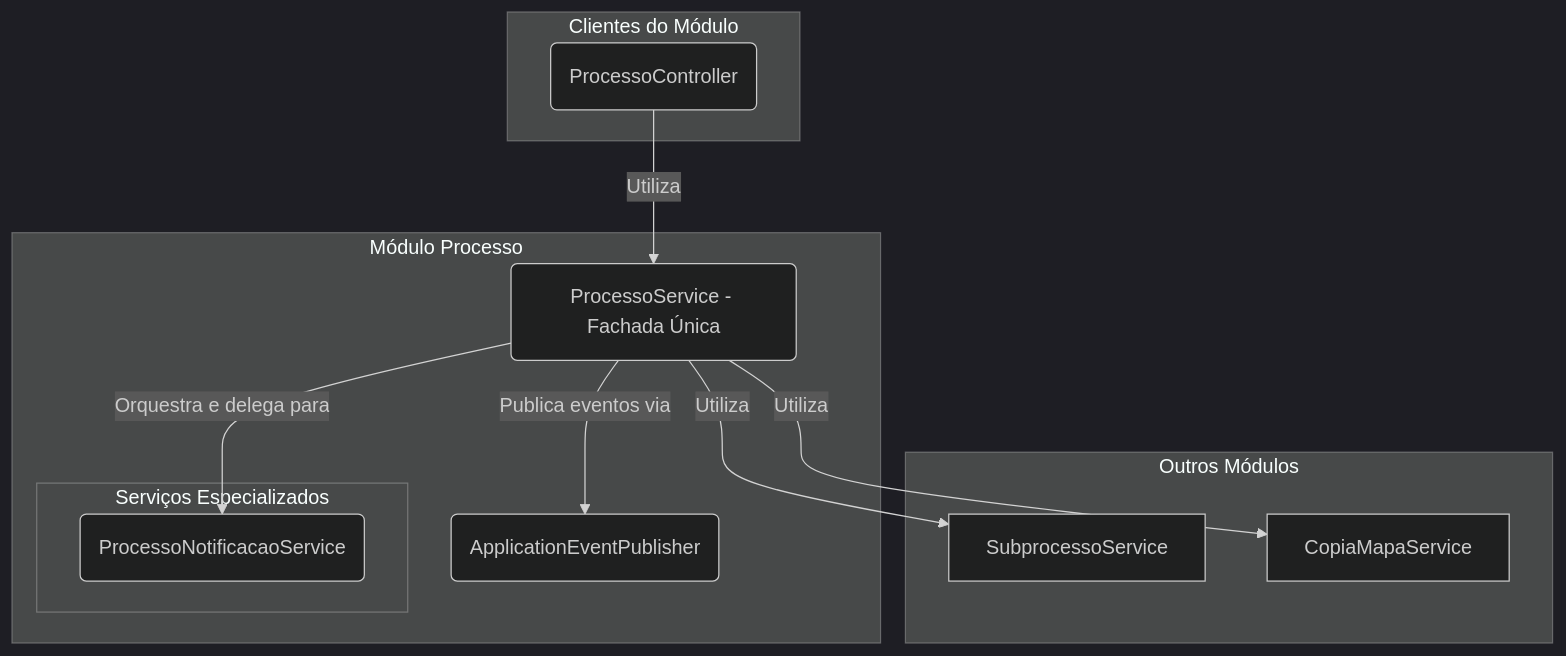
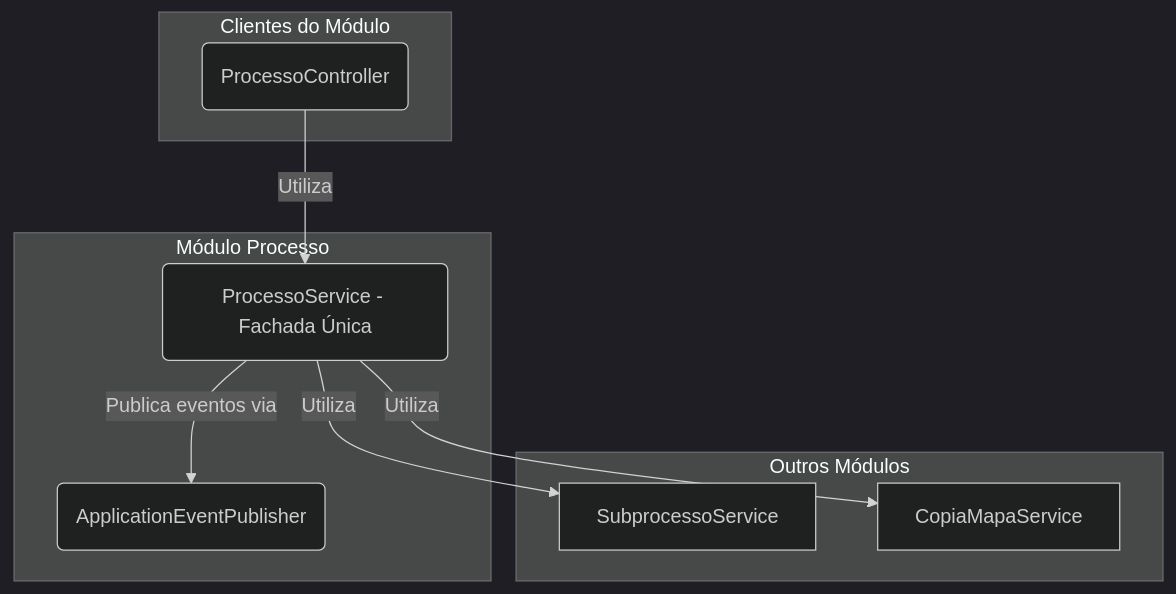
One commit to lgalvao/sgc changed the diagram in backend/src/main/java/sgc/processo/README.md. Above: the diagram before and after it, drawn with Mermaid (dark theme). The commit also changed other lines of this file and 9 other files, not shown here.

First line of the commit message:
Refactor ProcessoNotificacaoService to EventoProcessoListener

````diff
--- a/backend/src/main/java/sgc/processo/README.md
+++ b/backend/src/main/java/sgc/processo/README.md
@@ -19,27 +19,22 @@
 ```mermaid
 graph TD
     subgraph "Clientes do Módulo"
         Controle(ProcessoController)
     end
 
     subgraph "Módulo Processo"
         Facade(ProcessoService - Fachada Única)
-
-        subgraph "Serviços Especializados"
-            Notificacao(ProcessoNotificacaoService)
-        end
 
         Eventos(ApplicationEventPublisher)
     end
 
     subgraph "Outros Módulos"
         SubprocessoService
         CopiaMapaService
     end
 
     Controle -- Utiliza --> Facade
 
-    Facade -- Orquestra e delega para --> Notificacao
     Facade -- Utiliza --> SubprocessoService & CopiaMapaService
     Facade -- Publica eventos via --> Eventos
 ```
````
